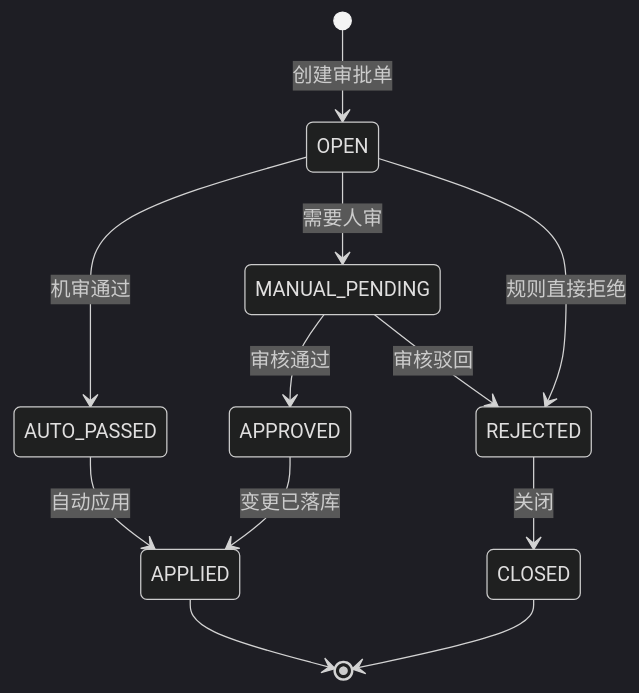
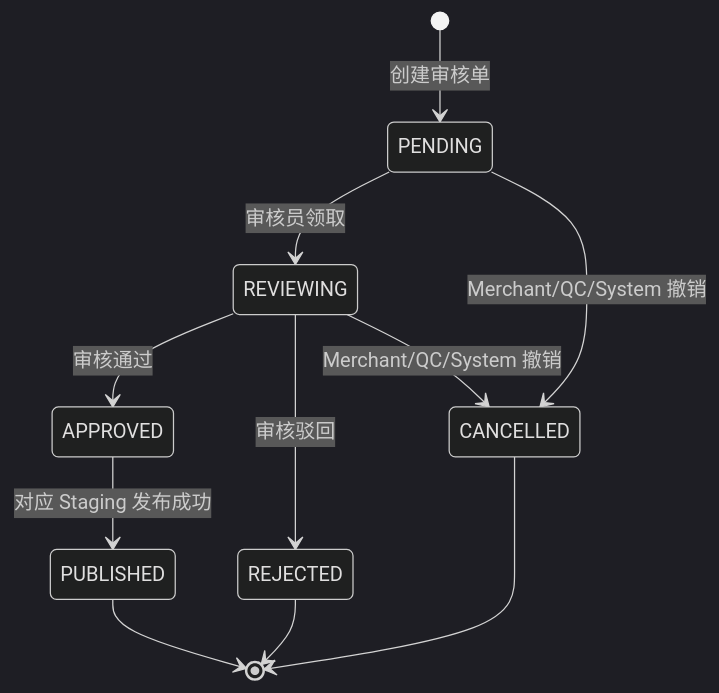
The third of 4 diagrams in ecommerce-book/src/part2/supply/chapter10.md (wxquare/wxquare.github.io), drawn with Mermaid (dark theme) before and after one commit. The commit also changed other lines of this file and 20 other files, not shown here.

````diff
--- a/ecommerce-book/src/part2/supply/chapter10.md
+++ b/ecommerce-book/src/part2/supply/chapter10.md
@@ -987,14 +278,13 @@
 ```mermaid
 stateDiagram-v2
-  [*] --> OPEN: 创建审批单
-  OPEN --> AUTO_PASSED: 机审通过
-  OPEN --> MANUAL_PENDING: 需要人审
-  MANUAL_PENDING --> APPROVED: 审核通过
-  MANUAL_PENDING --> REJECTED: 审核驳回
-  OPEN --> REJECTED: 规则直接拒绝
-  APPROVED --> APPLIED: 变更已落库
-  REJECTED --> CLOSED: 关闭
-  AUTO_PASSED --> APPLIED: 自动应用
-  APPLIED --> [*]
-  CLOSED --> [*]
+  [*] --> PENDING: 创建审核单
+  PENDING --> REVIEWING: 审核员领取
+  REVIEWING --> APPROVED: 审核通过
+  REVIEWING --> REJECTED: 审核驳回
+  PENDING --> CANCELLED: Merchant/QC/System 撤销
+  REVIEWING --> CANCELLED: Merchant/QC/System 撤销
+  APPROVED --> PUBLISHED: 对应 Staging 发布成功
+  REJECTED --> [*]
+  CANCELLED --> [*]
+  PUBLISHED --> [*]
 ```
````
